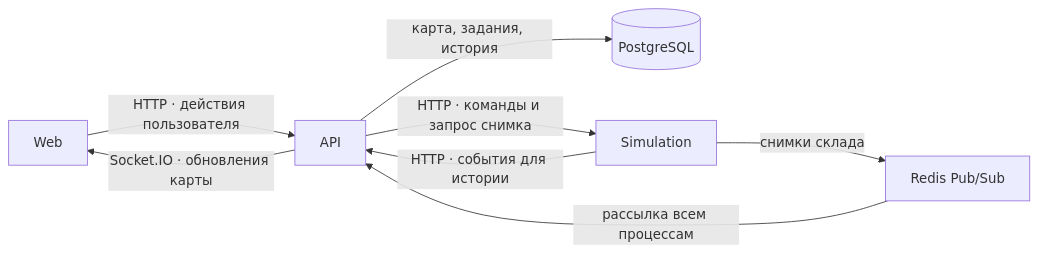
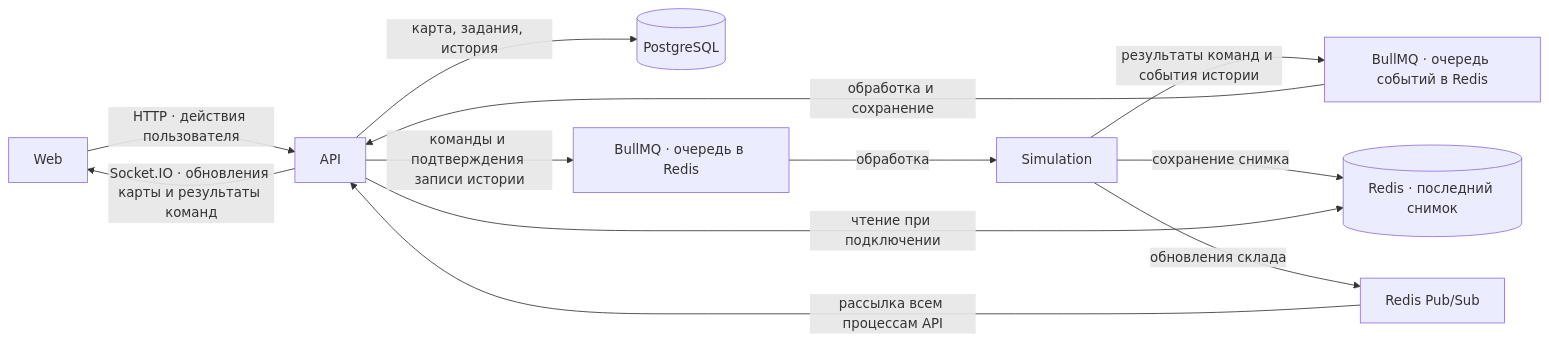
Before and after one commit to warehouse-robotics-lab/warehouse-platform: the diagram in docs/adr/003-module-interaction.md, drawn with Mermaid. The commit also changed other lines of this file, not shown here.

First line of the commit message:
docs: switch API and Simulation exchange to BullMQ queues

````diff
--- a/docs/adr/003-module-interaction.md
+++ b/docs/adr/003-module-interaction.md
@@ -15,10 +17,14 @@
 ```mermaid
 flowchart LR
     Web -->|HTTP · действия пользователя| API
-    API -->|Socket.IO · обновления карты| Web
+    API -->|Socket.IO · обновления карты и результаты команд| Web
     API -->|карта, задания, история| DB[(PostgreSQL)]
-    API -->|HTTP · команды и запрос снимка| Sim[Simulation]
-    Sim -->|HTTP · события для истории| API
-    Sim -->|снимки склада| Redis[Redis Pub/Sub]
-    Redis -->|рассылка всем процессам| API
+    API -->|команды и подтверждения записи истории| Commands[BullMQ · очередь в Redis]
+    Commands -->|обработка| Sim[Simulation]
+    Sim -->|результаты команд и события истории| Events[BullMQ · очередь событий в Redis]
+    Events -->|обработка и сохранение| API
+    Sim -->|сохранение снимка| State[(Redis · последний снимок)]
+    API -->|чтение при подключении| State
+    Sim -->|обновления склада| PubSub[Redis Pub/Sub]
+    PubSub -->|рассылка всем процессам API| API
 ```
````
